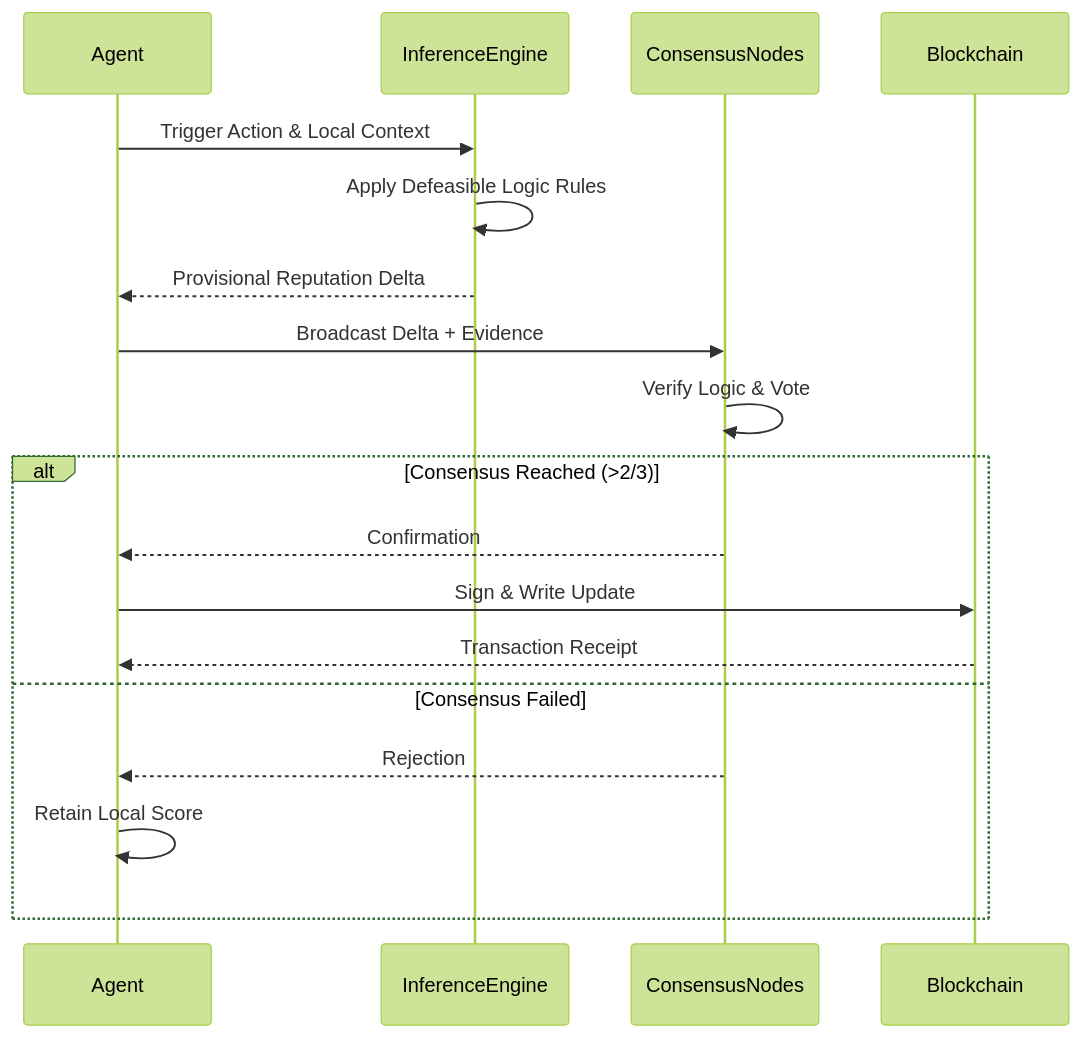
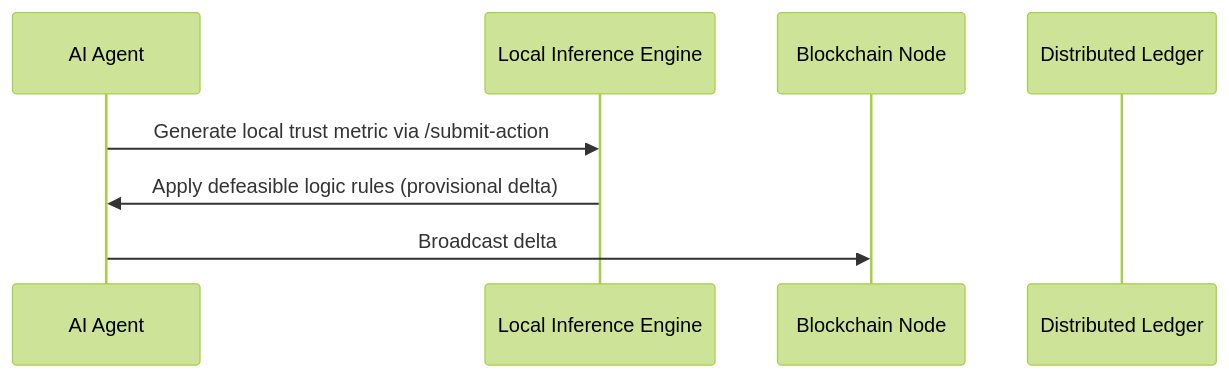
Before and after one commit to shawnhvac/agentworld-prior-art: the diagram in inventions/inv_context_aware_blockchain_anchored_reputation_por_fe4dd.md, drawn with Mermaid (forest theme). The commit also changed other lines of this file and 242 other files, not shown here.

````diff
--- a/inventions/inv_context_aware_blockchain_anchored_reputation_por_fe4dd.md
+++ b/inventions/inv_context_aware_blockchain_anchored_reputation_por_fe4dd.md
@@ -47,21 +47,10 @@
 ```mermaid
 sequenceDiagram
-    participant Agent
-    participant InferenceEngine
-    participant ConsensusNodes
-    participant Blockchain
-
-    Agent->>InferenceEngine: Trigger Action & Local Context
-    InferenceEngine->>InferenceEngine: Apply Defeasible Logic Rules
-    InferenceEngine-->>Agent: Provisional Reputation Delta
-    Agent->>ConsensusNodes: Broadcast Delta + Evidence
-    ConsensusNodes->>ConsensusNodes: Verify Logic & Vote
-    alt Consensus Reached (>2/3)
-        ConsensusNodes-->>Agent: Confirmation
-        Agent->>Blockchain: Sign & Write Update
-        Blockchain-->>Agent: Transaction Receipt
-    else Consensus Failed
-        ConsensusNodes-->>Agent: Rejection
-        Agent->>Agent: Retain Local Score
-    end
+    participant Agent as AI Agent
+    participant Inference as Local Inference Engine
+    participant Node as Blockchain Node
+    participant Ledger as Distributed Ledger
+    Agent->>Inference: Generate local trust metric via /submit-action
+    Inference->>Agent: Apply defeasible logic rules (provisional delta)
+    Agent->>Node: Broadcast delta
 ```
````
